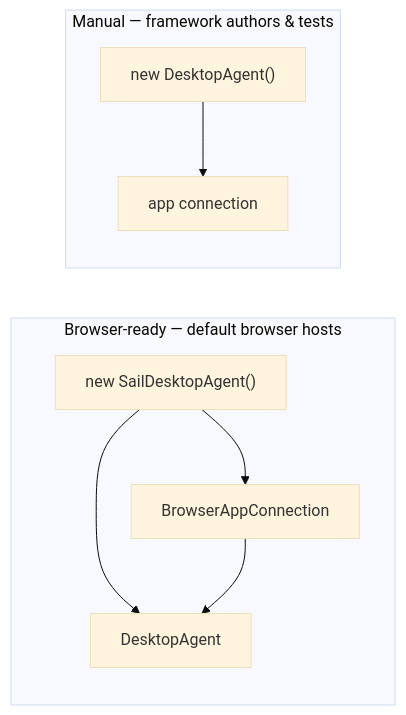
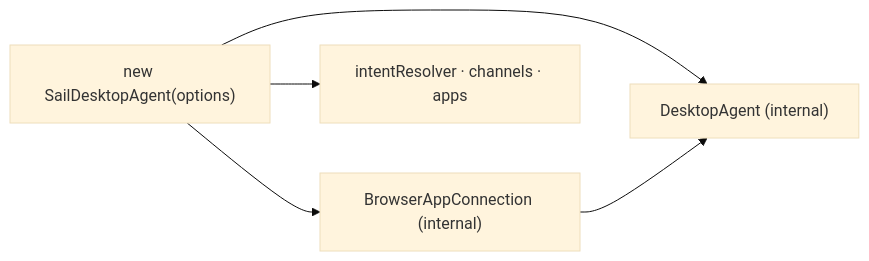
Before and after one commit to SeeWhatsOn/FDC3-Sail: the second of 7 diagrams in website/docs/packages/desktop-agent/composition.md, drawn with Mermaid (base theme). The commit also changed other lines of this file and 40 other files, not shown here.

````diff
--- a/website/docs/packages/desktop-agent/composition.md
+++ b/website/docs/packages/desktop-agent/composition.md
@@ -52,15 +52,8 @@
 ```mermaid
 flowchart LR
-  subgraph browserReady ["Browser-ready — default browser hosts"]
-    P["new SailDesktopAgent()"]
-    P --> E1["BrowserAppConnection"]
-    P --> D1["DesktopAgent"]
-    E1 --> D1
-  end
-
-  subgraph manual ["Manual — framework authors & tests"]
-    D2["new DesktopAgent()"]
-    E2["app connection"]
-    D2 --> E2
-  end
+  P["new SailDesktopAgent(options)"]
+  P --> E1["BrowserAppConnection (internal)"]
+  P --> D1["DesktopAgent (internal)"]
+  E1 --> D1
+  P --> C["intentResolver · channels · apps"]
 ```
````
